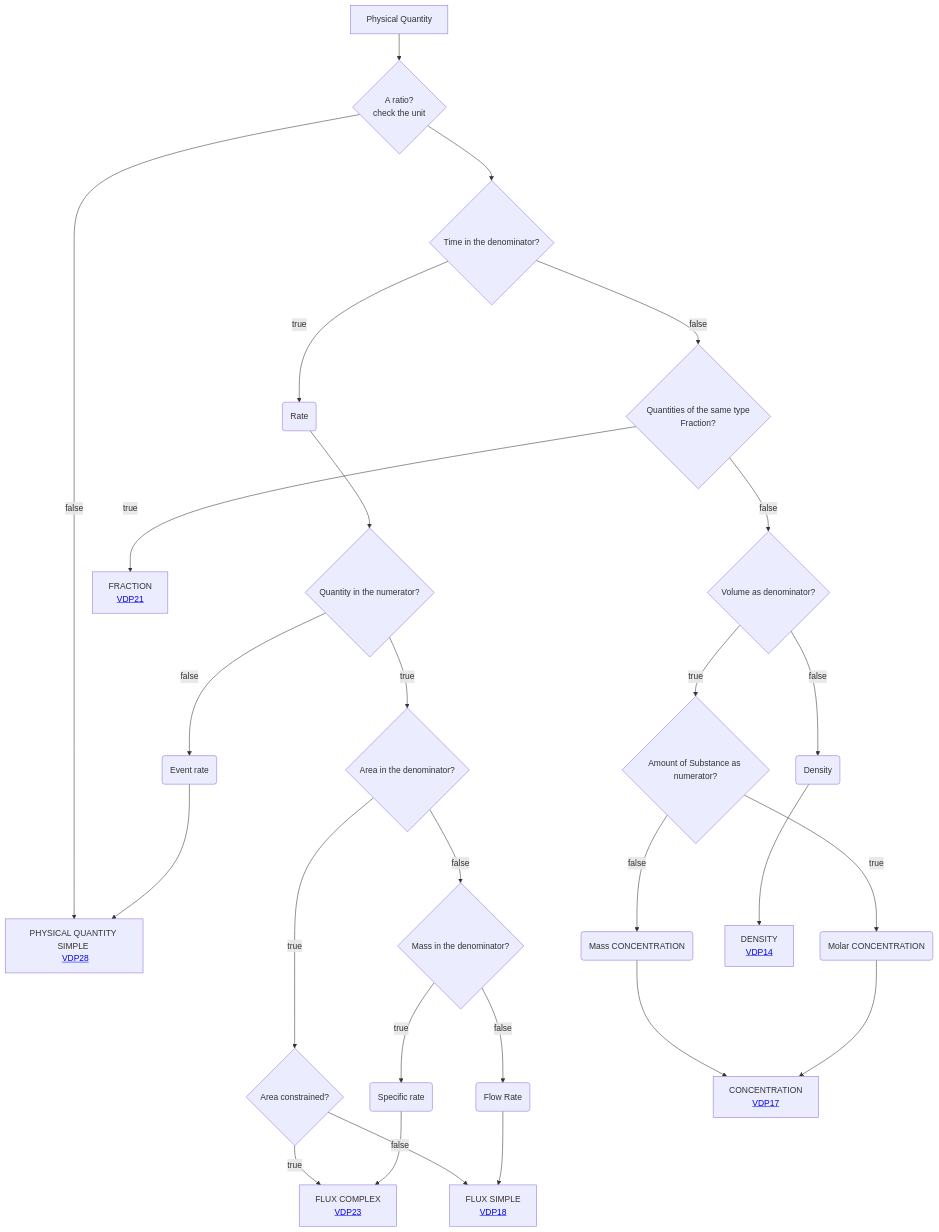
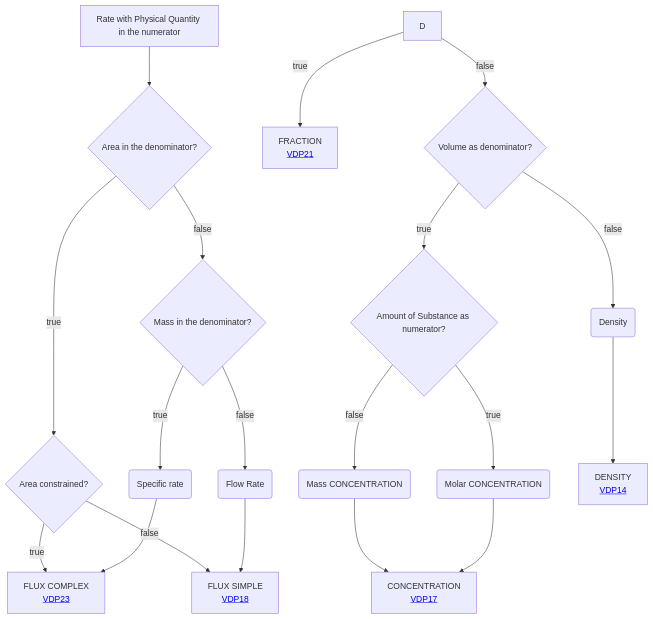
One commit to mabablue/I-ADOPT-patterns-playground changed the diagram in Decisition_trees/DT3.mmd. Above: the diagram before and after it, drawn with Mermaid.

```diff
--- a/Decisition_trees/DT3.mmd
+++ b/Decisition_trees/DT3.mmd
@@ -1,27 +1,19 @@
 flowchart TD
-    A[Physical Quantity] --> B{A ratio?<br>check the unit}
-    B --> C{Time in the denominator?} 
-    B --> |false|I[PHYSICAL QUANTITY SIMPLE <br> <a href='https://github.com/mabablue/I-ADOPT-patterns-playground/blob/main/pattern/VDP28.yaml'>VDP28</a>]
-    C --> |true|MN(Rate) 
-    MN --> N{Quantity in the numerator?}
-    C --> |false|D{Quantities of the same type <br> Fraction?}
+    A[Rate with Physical Quantity in the numerator] --> E{Area in the denominator?}
     E --> |true|F{Area constrained?}
     E --> |false|K{Mass in the denominator?} 
     F --> |true|G[FLUX COMPLEX <br> <a href='https://github.com/mabablue/I-ADOPT-patterns-playground/blob/main/pattern/VDP23.yaml'>VDP23</a>]
     F --> |false|H[FLUX SIMPLE <br> <a href='https://github.com/mabablue/I-ADOPT-patterns-playground/blob/main/pattern/VDP18.yaml'>VDP18</a>]
     K --> |true|L(Specific rate)
     L --> G
     K --> |false|M(Flow Rate)
     M --> H
-    N --> |true|E{Area in the denominator?}
-    N --> |false|O(Event rate)
-    O --> I
     D --> |true|J[FRACTION <br> <a href='https://github.com/mabablue/I-ADOPT-patterns-playground/blob/main/pattern/VDP21.yaml'>VDP21</a>]
     D --> |false|P{Volume as denominator?}
     P --> |true|Q{Amount of Substance as numerator?}
     Q --> |true|R(Molar CONCENTRATION)
     Q --> |false|S(Mass CONCENTRATION)
     P --> |false|U(Density)
     S --> T[CONCENTRATION <br> <a href='https://github.com/mabablue/I-ADOPT-patterns-playground/blob/main/pattern/VDP17.yaml'>VDP17</a>]
     R --> T
     U --> V[DENSITY <br> <a href='https://github.com/mabablue/I-ADOPT-patterns-playground/blob/main/pattern/VDP14.yaml'>VDP14</a>]
```
